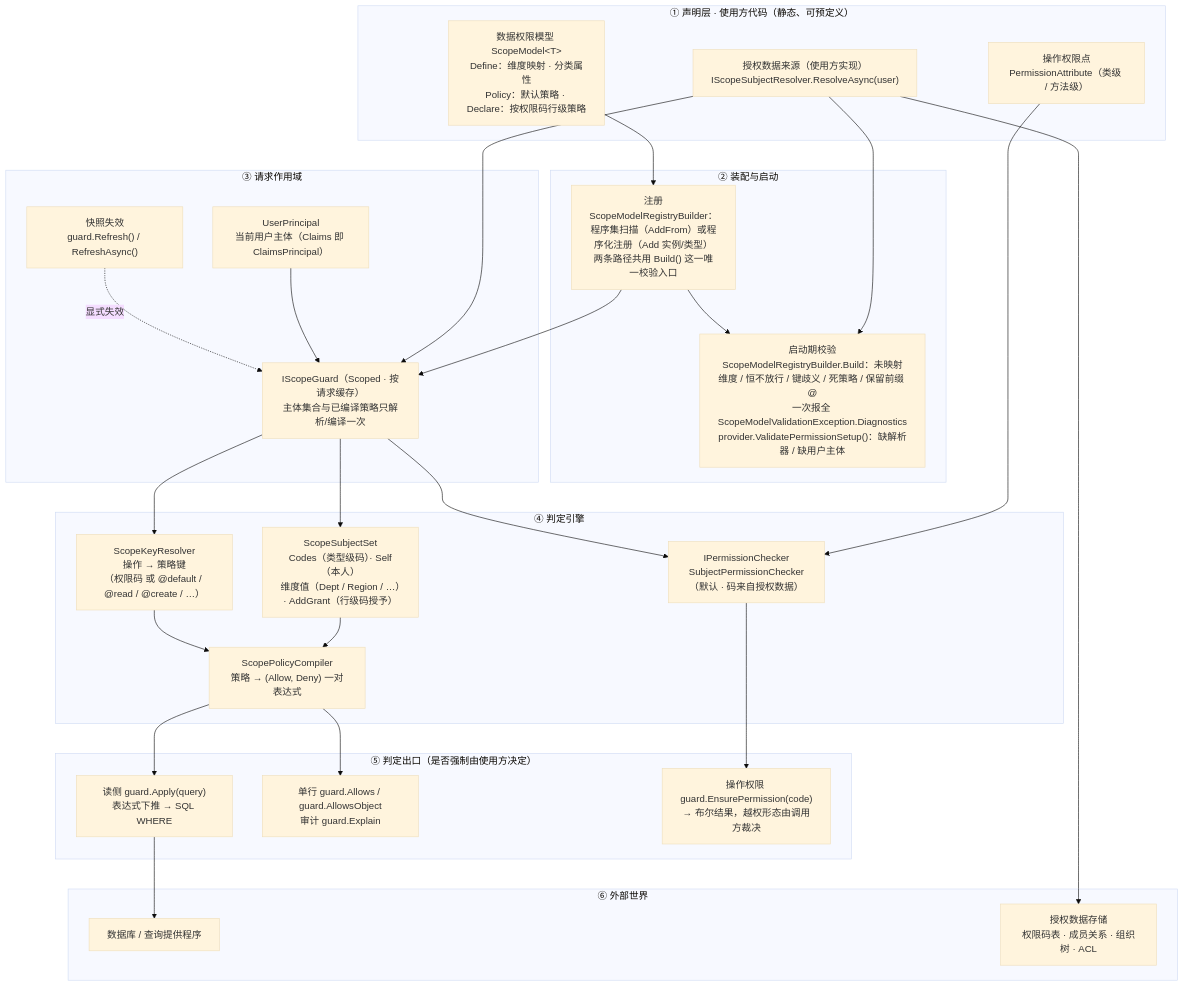
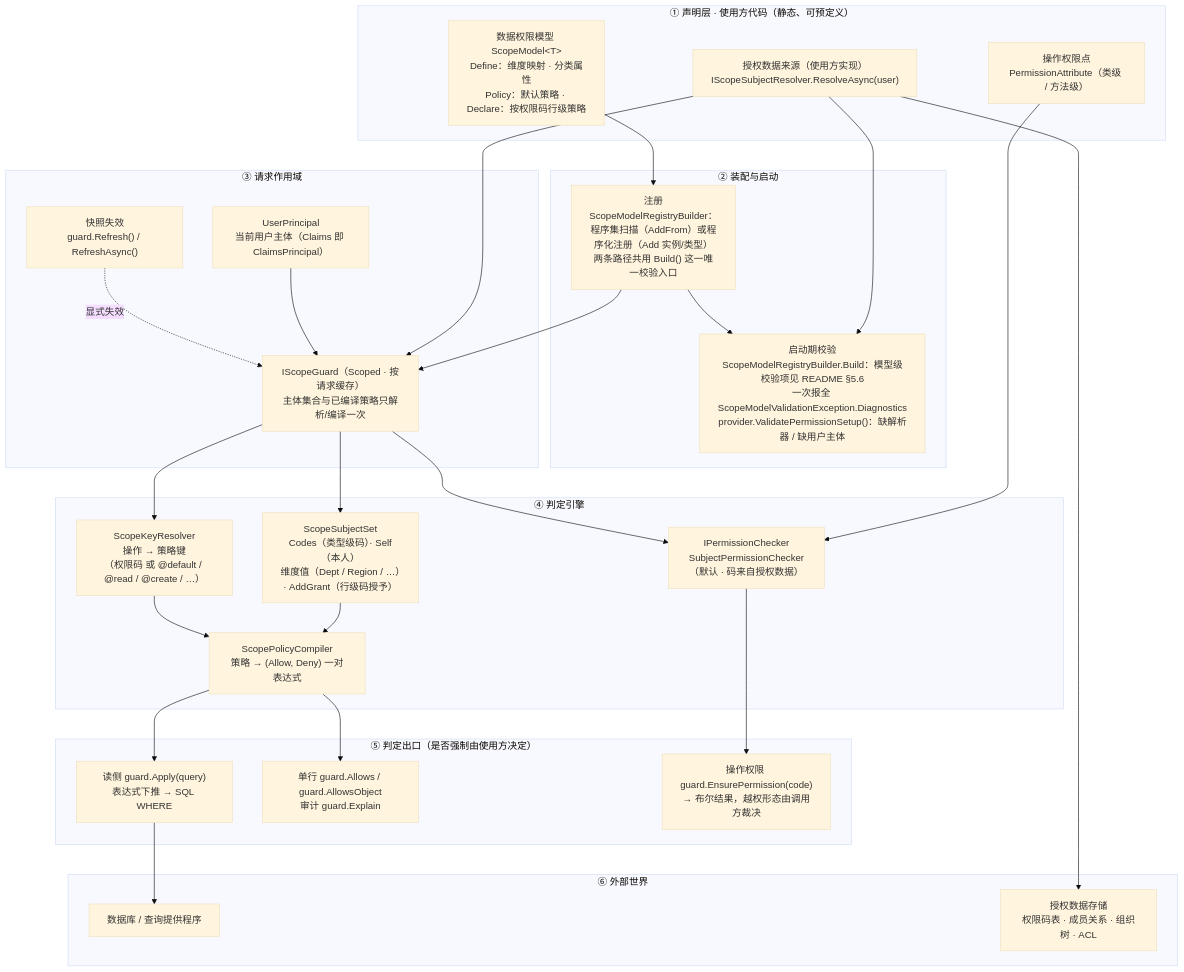
The diagram in Source/Euonia.Security/DESIGN.md (euonia-project/euonia-dotnet), drawn with Mermaid (base theme) before and after one commit. The commit also changed other lines of this file and 36 other files, not shown here.

Commit message:
Refactor scope model and policy documentation for clarity and accuracy

````diff
--- a/Source/Euonia.Security/DESIGN.md
+++ b/Source/Euonia.Security/DESIGN.md
@@ -49,57 +49,57 @@
 ```mermaid
 graph TD
     subgraph A["① 声明层 · 使用方代码（静态、可预定义）"]
         A1["操作权限点<br/>PermissionAttribute（类级 / 方法级）"]
         A2["数据权限模型 ScopeModel&lt;T&gt;<br/>Define：维度映射 · 分类属性<br/>Policy：默认策略 · Declare：按权限码行级策略"]
         A3["授权数据来源（使用方实现）<br/>IScopeSubjectResolver.ResolveAsync(user)"]
     end
 
     subgraph B["② 装配与启动"]
         B1["注册<br/>ScopeModelRegistryBuilder：程序集扫描（AddFrom）或程序化注册（Add 实例/类型）<br/>两条路径共用 Build() 这一唯一校验入口"]
-        B2["启动期校验<br/>ScopeModelRegistryBuilder.Build：未映射维度 / 恒不放行 / 键歧义 / 死策略 / 保留前缀 @<br/>一次报全 ScopeModelValidationException.Diagnostics<br/>provider.ValidatePermissionSetup()：缺解析器 / 缺用户主体"]
+        B2["启动期校验<br/>ScopeModelRegistryBuilder.Build：模型级校验项见 README §5.6<br/>一次报全 ScopeModelValidationException.Diagnostics<br/>provider.ValidatePermissionSetup()：缺解析器 / 缺用户主体"]
     end
 
     subgraph C["③ 请求作用域"]
         C1["UserPrincipal<br/>当前用户主体（Claims 即 ClaimsPrincipal）"]
         C2["IScopeGuard（Scoped · 按请求缓存）<br/>主体集合与已编译策略只解析/编译一次"]
         C3["快照失效<br/>guard.Refresh() / RefreshAsync()"]
     end
 
     subgraph D["④ 判定引擎"]
         D1["ScopeSubjectSet<br/>Codes（类型级码）· Self（本人）<br/>维度值（Dept / Region / …）· AddGrant（行级码授予）"]
         D2["ScopeKeyResolver<br/>操作 → 策略键<br/>（权限码 或 @default / @read / @create / …）"]
         D3["ScopePolicyCompiler<br/>策略 → (Allow, Deny) 一对表达式"]
         D4["IPermissionChecker<br/>SubjectPermissionChecker（默认 · 码来自授权数据）"]
     end
 
     subgraph E["⑤ 判定出口（是否强制由使用方决定）"]
         E1["读侧 guard.Apply(query)<br/>表达式下推 → SQL WHERE"]
         E2["单行 guard.Allows / guard.AllowsObject<br/>审计 guard.Explain"]
         E3["操作权限 guard.EnsurePermission(code)<br/>→ 布尔结果，越权形态由调用方裁决"]
     end
 
     subgraph F["⑥ 外部世界"]
         F1["数据库 / 查询提供程序"]
         F2["授权数据存储<br/>权限码表 · 成员关系 · 组织树 · ACL"]
     end
 
     A1 --> D4
     A2 --> B1
     A3 --> B2
     A3 --> C2
     A3 --> F2
 
     B1 --> B2
     B1 --> C2
     C1 --> C2
     C2 --> D1
     C2 --> D2
     C2 --> D4
     D1 --> D3
     D2 --> D3
     D3 --> E1
     D3 --> E2
     D4 --> E3
     E1 --> F1
     C3 -. 显式失效 .-> C2
 ```
````
